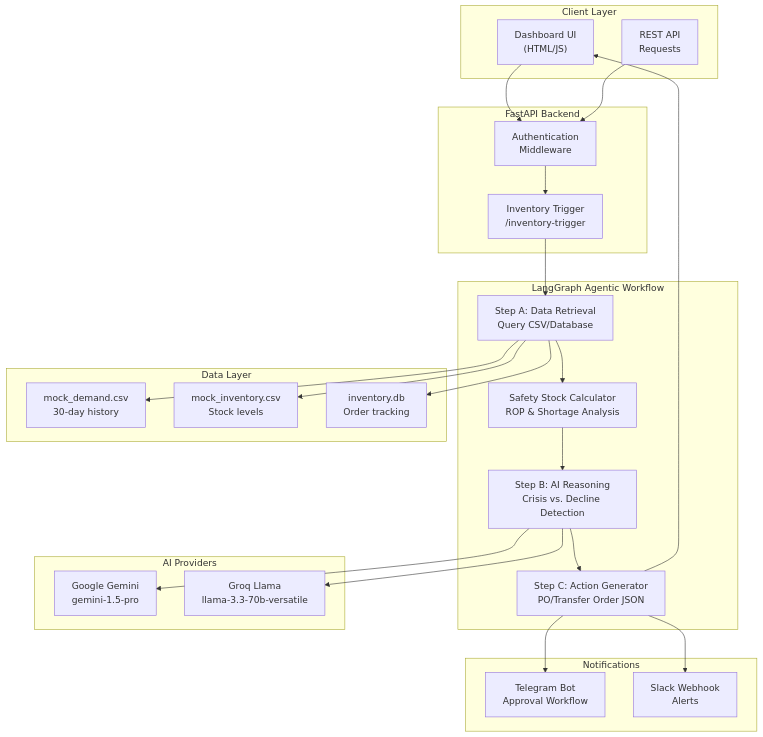
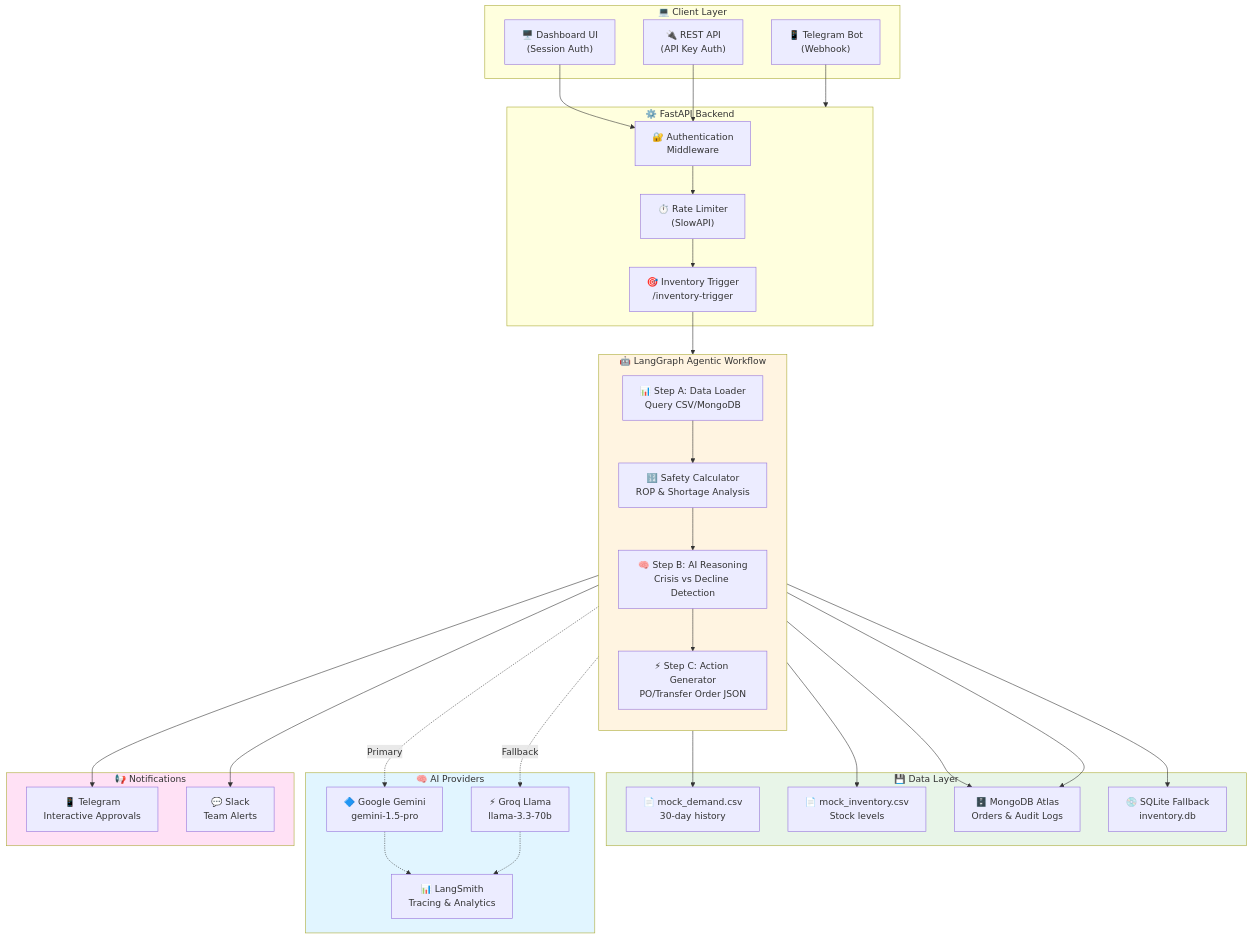
One commit to HemantSudarshan/Agentic-Inventory-Restocking-Servic changed the second of 4 diagrams in README.md. Above: the diagram before and after it, drawn with Mermaid. The commit also changed other lines of this file, not shown here.

````diff
--- a/README.md
+++ b/README.md
@@ -77,51 +103,70 @@
 ```mermaid
 flowchart TB
-    subgraph Client ["Client Layer"]
-        Dashboard["Dashboard UI<br>(HTML/JS)"]
-        RESTAPI["REST API<br>Requests"]
+    subgraph Client["💻 Client Layer"]
+        Dashboard["🖥️ Dashboard UI<br/>(Session Auth)"]
+        API["🔌 REST API<br/>(API Key Auth)"]
+        Telegram["📱 Telegram Bot<br/>(Webhook)"]
     end
 
-    subgraph Backend ["FastAPI Backend"]
-        Auth["Authentication<br>Middleware"]
-        Trigger["Inventory Trigger<br>/inventory-trigger"]
+    subgraph Backend["⚙️ FastAPI Backend"]
+        Auth["🔐 Authentication<br/>Middleware"]
+        RateLimit["⏱️ Rate Limiter<br/>(SlowAPI)"]
+        Trigger["🎯 Inventory Trigger<br/>/inventory-trigger"]
     end
 
-    subgraph Workflow ["LangGraph Agentic Workflow"]
-        DataNode["Step A: Data Retrieval<br>Query CSV/Database"]
-        SafetyNode["Safety Stock Calculator<br>ROP & Shortage Analysis"]
-        ReasonNode["Step B: AI Reasoning<br>Crisis vs. Decline Detection"]
-        ActionNode["Step C: Action Generator<br>PO/Transfer Order JSON"]
+    subgraph Workflow["🤖 LangGraph Agentic Workflow"]
+        direction TB
+        DataNode["📊 Step A: Data Loader<br/>Query CSV/MongoDB"]
+        SafetyNode["🔢 Safety Calculator<br/>ROP & Shortage Analysis"]
+        ReasonNode["🧠 Step B: AI Reasoning<br/>Crisis vs Decline Detection"]
+        ActionNode["⚡ Step C: Action Generator<br/>PO/Transfer Order JSON"]
+        
+        DataNode --> SafetyNode
+        SafetyNode --> ReasonNode
+        ReasonNode --> ActionNode
     end
 
-    subgraph Data ["Data Layer"]
-        DemandCSV["mock_demand.csv<br>30-day history"]
-        InventoryCSV["mock_inventory.csv<br>Stock levels"]
-        DB["inventory.db<br>Order tracking"]
+    subgraph Data["💾 Data Layer"]
+        DemandCSV["📄 mock_demand.csv<br/>30-day history"]
+        InventoryCSV["📄 mock_inventory.csv<br/>Stock levels"]
+        MongoDB["🗄️ MongoDB Atlas<br/>Orders & Audit Logs"]
+        SQLite["💿 SQLite Fallback<br/>inventory.db"]
     end
 
-    subgraph AI ["AI Providers"]
-        Gemini["Google Gemini<br>gemini-1.5-pro"]
-        Groq["Groq Llama<br>llama-3.3-70b-versatile"]
+    subgraph AI["🧠 AI Providers"]
+        Gemini["🔷 Google Gemini<br/>gemini-1.5-pro"]
+        Groq["⚡ Groq Llama<br/>llama-3.3-70b"]
+        LangSmith["📊 LangSmith<br/>Tracing & Analytics"]
     end
 
-    subgraph Notify ["Notifications"]
-        Telegram["Telegram Bot<br>Approval Workflow"]
-        Slack["Slack Webhook<br>Alerts"]
+    subgraph Notify["📢 Notifications"]
+        TelegramBot["📱 Telegram<br/>Interactive Approvals"]
+        SlackHook["💬 Slack<br/>Team Alerts"]
     end
 
     Dashboard --> Auth
-    RESTAPI --> Auth
-    Auth --> Trigger
+    API --> Auth
+    Telegram --> Backend
+    Auth --> RateLimit
+    RateLimit --> Trigger
+    
     Trigger --> DataNode
     DataNode --> DemandCSV
     DataNode --> InventoryCSV
-    DataNode --> DB
-    DataNode --> SafetyNode
-    SafetyNode --> ReasonNode
-    ReasonNode --> Gemini
-    ReasonNode --> Groq
-    ReasonNode --> ActionNode
-    ActionNode --> Telegram
-    ActionNode --> Slack
-    ActionNode --> Dashboard
+    DataNode --> MongoDB
+    DataNode --> SQLite
+    
+    ReasonNode -.->|Primary| Gemini
+    ReasonNode -.->|Fallback| Groq
+    Gemini -.-> LangSmith
+    Groq -.-> LangSmith
+    
+    ActionNode --> TelegramBot
+    ActionNode --> SlackHook
+    ActionNode --> MongoDB
+    
+    style Workflow fill:#fff4e1
+    style AI fill:#e1f5ff
+    style Data fill:#e8f5e8
+    style Notify fill:#ffe1f5
 ```
````
